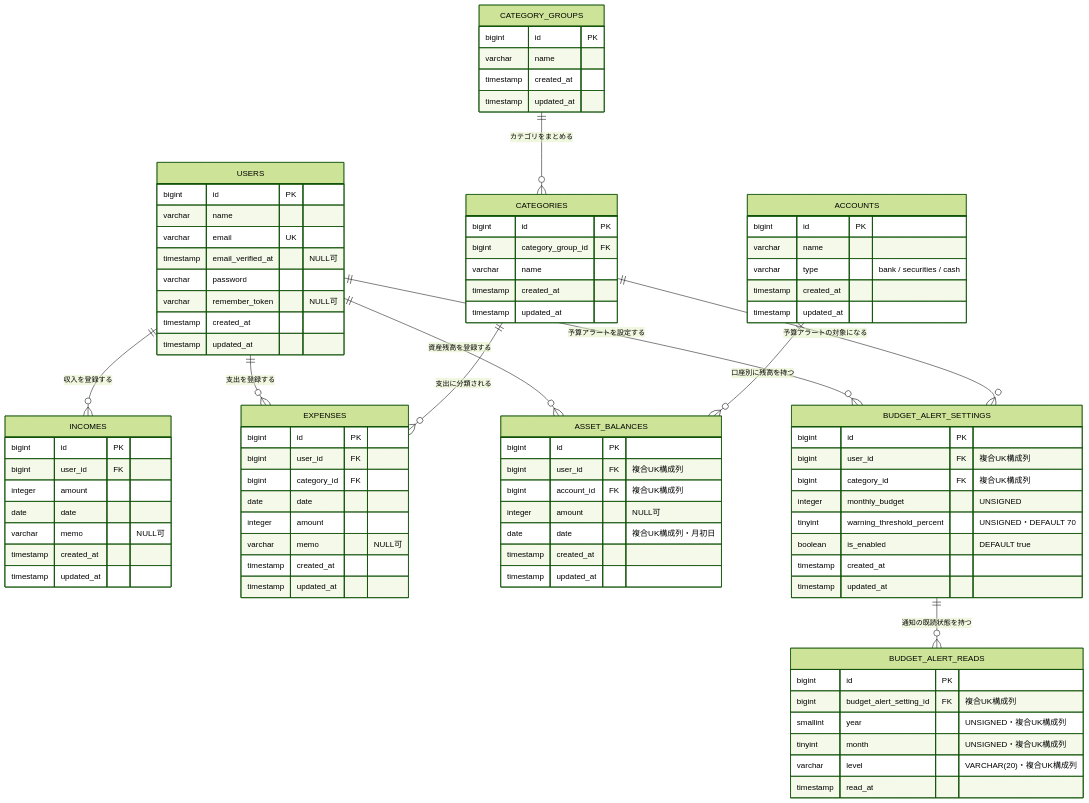
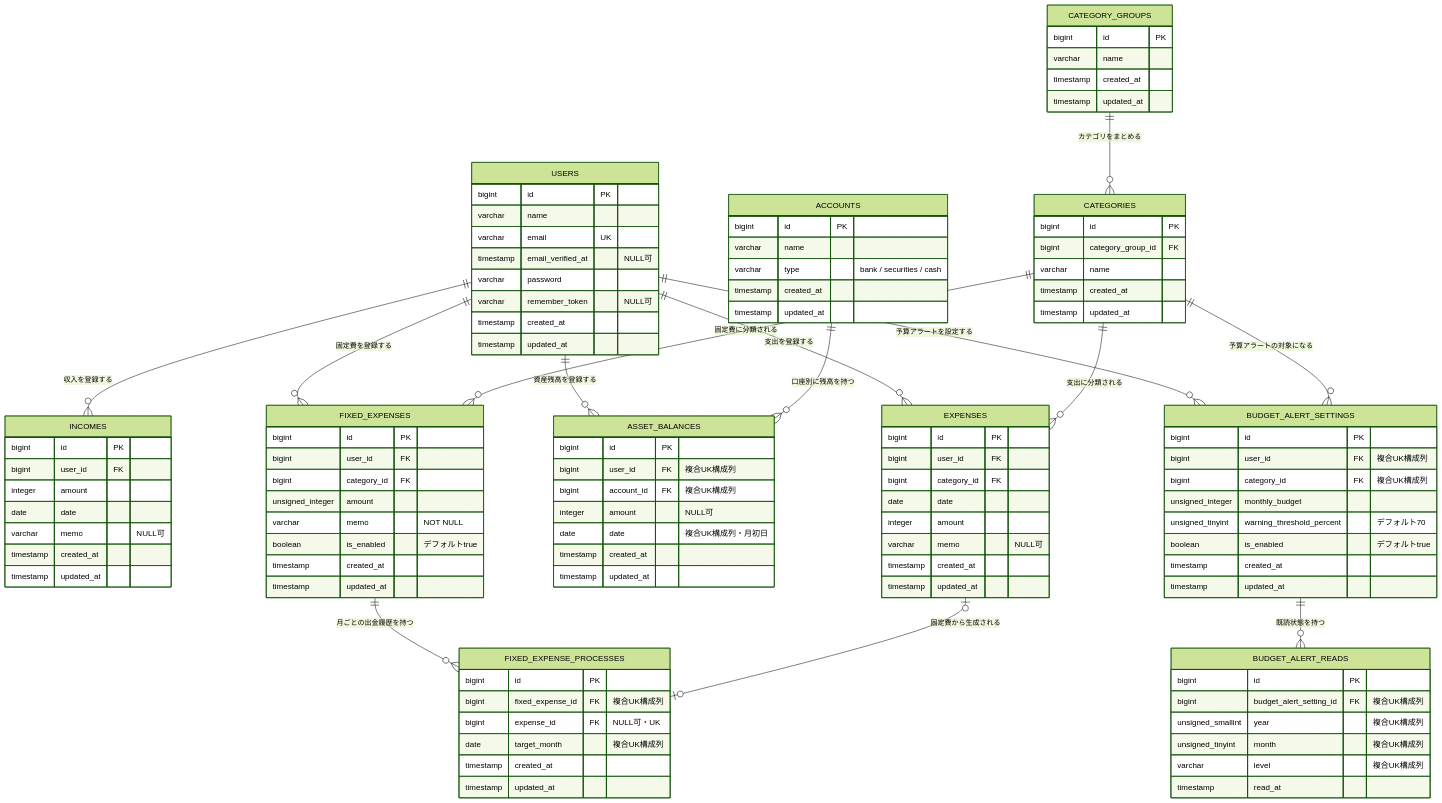
One commit to sub-law/kakeibo-mobile-api changed the first of 2 diagrams in docs/er-diagram.md. Above: the diagram before and after it, drawn with Mermaid (forest theme). The commit also changed other lines of this file and 18 other files, not shown here.

````diff
--- a/docs/er-diagram.md
+++ b/docs/er-diagram.md
@@ -10,11 +10,15 @@
     USERS ||--o{ EXPENSES : "支出を登録する"
     USERS ||--o{ ASSET_BALANCES : "資産残高を登録する"
     USERS ||--o{ BUDGET_ALERT_SETTINGS : "予算アラートを設定する"
+    USERS ||--o{ FIXED_EXPENSES : "固定費を登録する"
     CATEGORY_GROUPS ||--o{ CATEGORIES : "カテゴリをまとめる"
     CATEGORIES ||--o{ EXPENSES : "支出に分類される"
     CATEGORIES ||--o{ BUDGET_ALERT_SETTINGS : "予算アラートの対象になる"
+    CATEGORIES ||--o{ FIXED_EXPENSES : "固定費に分類される"
     ACCOUNTS ||--o{ ASSET_BALANCES : "口座別に残高を持つ"
-    BUDGET_ALERT_SETTINGS ||--o{ BUDGET_ALERT_READS : "通知の既読状態を持つ"
+    BUDGET_ALERT_SETTINGS ||--o{ BUDGET_ALERT_READS : "既読状態を持つ"
+    FIXED_EXPENSES ||--o{ FIXED_EXPENSE_PROCESSES : "月ごとの出金履歴を持つ"
+    EXPENSES o|--o| FIXED_EXPENSE_PROCESSES : "固定費から生成される"
 
     USERS {
         bigint id PK
@@ -85,9 +89,9 @@
         bigint id PK
         bigint user_id FK "複合UK構成列"
         bigint category_id FK "複合UK構成列"
-        integer monthly_budget "UNSIGNED"
-        tinyint warning_threshold_percent "UNSIGNED・DEFAULT 70"
-        boolean is_enabled "DEFAULT true"
+        unsigned_integer monthly_budget
+        unsigned_tinyint warning_threshold_percent "デフォルト70"
+        boolean is_enabled "デフォルトtrue"
         timestamp created_at
         timestamp updated_at
     }
@@ -95,9 +99,29 @@
     BUDGET_ALERT_READS {
         bigint id PK
         bigint budget_alert_setting_id FK "複合UK構成列"
-        smallint year "UNSIGNED・複合UK構成列"
-        tinyint month "UNSIGNED・複合UK構成列"
-        varchar level "VARCHAR(20)・複合UK構成列"
+        unsigned_smallint year "複合UK構成列"
+        unsigned_tinyint month "複合UK構成列"
+        varchar level "複合UK構成列"
         timestamp read_at
     }
+
+    FIXED_EXPENSES {
+        bigint id PK
+        bigint user_id FK
+        bigint category_id FK
+        unsigned_integer amount
+        varchar memo "NOT NULL"
+        boolean is_enabled "デフォルトtrue"
+        timestamp created_at
+        timestamp updated_at
+    }
+
+    FIXED_EXPENSE_PROCESSES {
+        bigint id PK
+        bigint fixed_expense_id FK "複合UK構成列"
+        bigint expense_id FK "NULL可・UK"
+        date target_month "複合UK構成列"
+        timestamp created_at
+        timestamp updated_at
+    }
 ```
````
